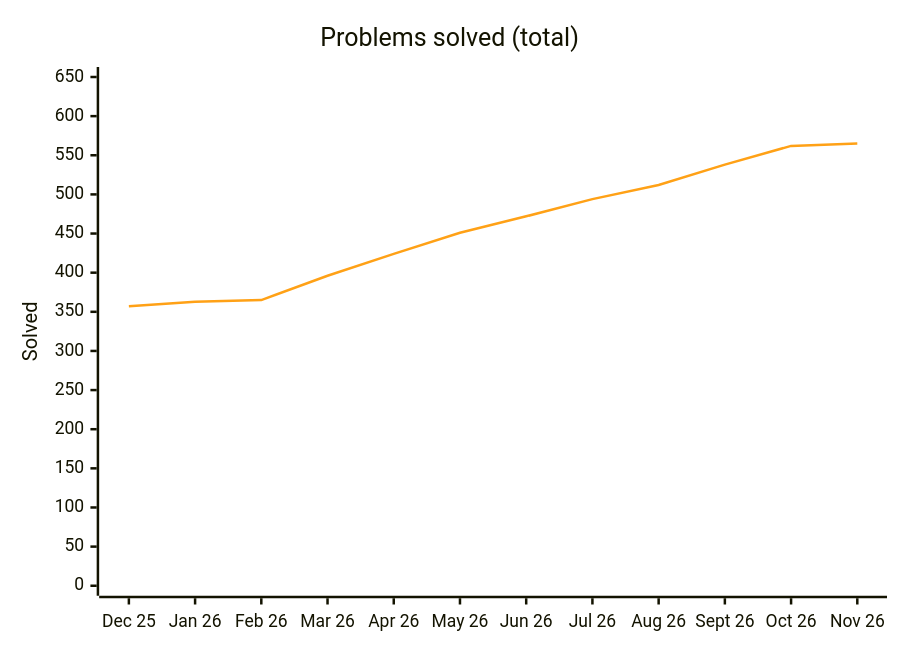
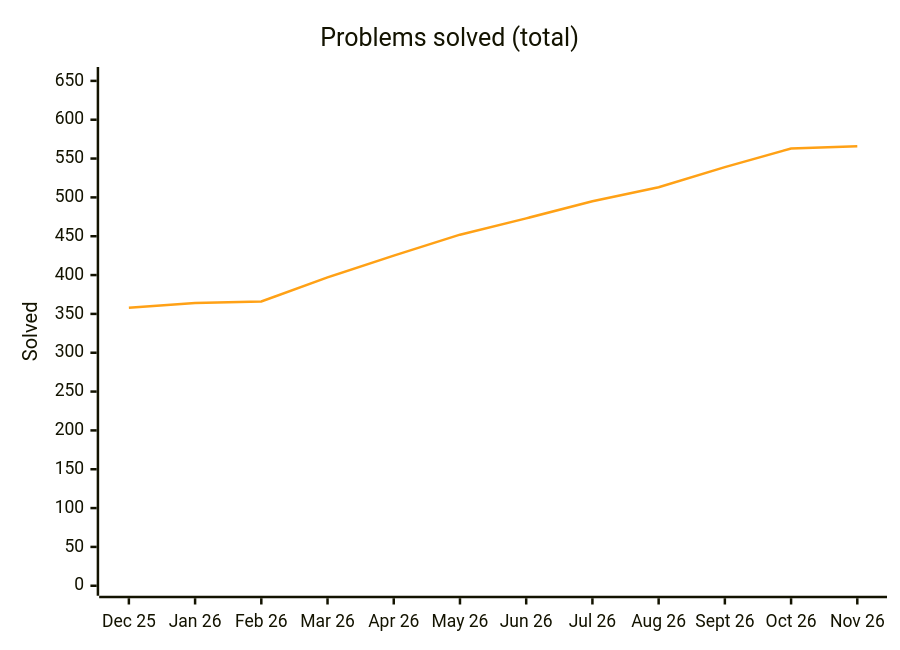
The diagram in README.md (Ved-u/Java-DSA), drawn with Mermaid before and after one commit. The commit also changed other lines of this file and 4 other files, not shown here.

````diff
--- a/README.md
+++ b/README.md
@@ -53,8 +53,8 @@
 ```mermaid
 %%{init: {"themeVariables": {"xyChart": {"plotColorPalette": "#ffa116"}}}}%%
 xychart-beta
     title "Problems solved (total)"
     x-axis ["Dec 25", "Jan 26", "Feb 26", "Mar 26", "Apr 26", "May 26", "Jun 26", "Jul 26", "Aug 26", "Sept 26", "Oct 26", "Nov 26"]
-    y-axis "Solved" 0 --> 650
-    line [357, 363, 365, 396, 424, 451, 472, 494, 512, 538, 562, 565]
+    y-axis "Solved" 0 --> 655
+    line [358, 364, 366, 397, 425, 452, 473, 495, 513, 539, 563, 566]
 ```
````
